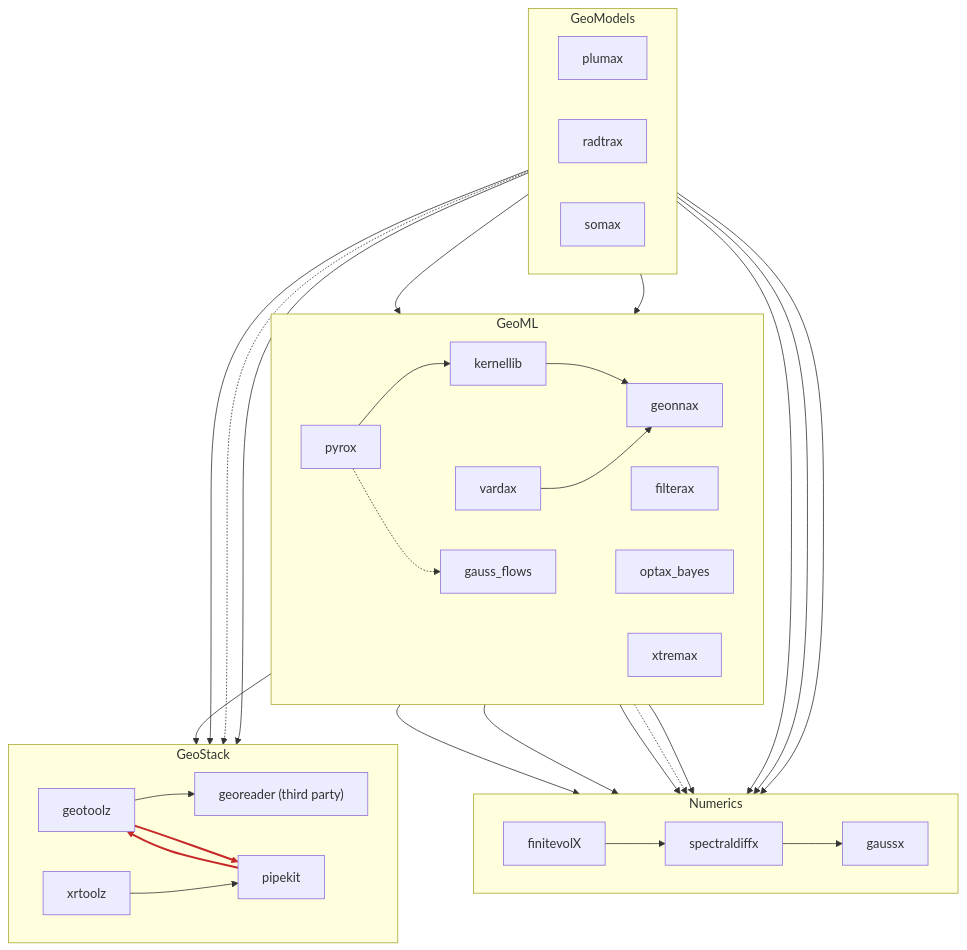
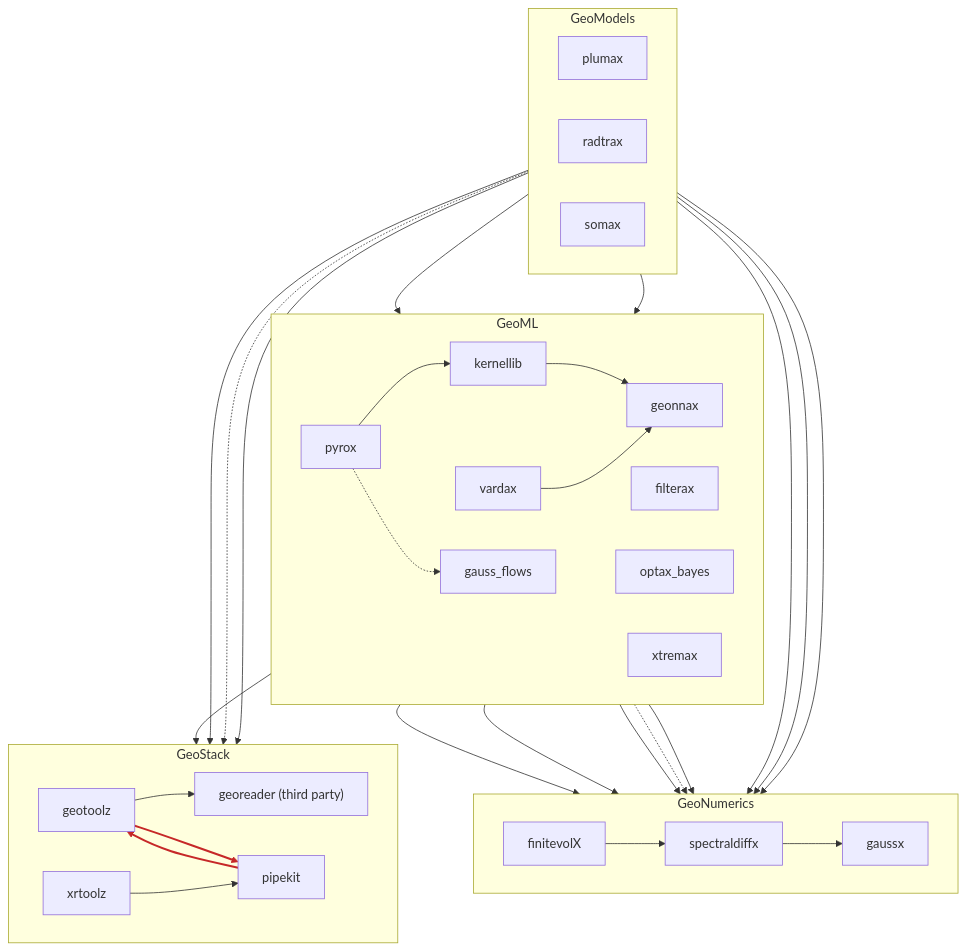
The diagram in README.md (jejjohnson/geostack), drawn with Mermaid before and after one commit. The commit also changed other lines of this file and 17 other files, not shown here.

First line of the commit message:
docs: name the numerics layer GeoNumerics (#55)

````diff
--- a/README.md
+++ b/README.md
@@ -98,58 +98,58 @@
 ```mermaid
 flowchart TB
   subgraph geomodels["GeoModels"]
     direction LR
     plumax["plumax"]
     radtrax["radtrax"]
     somax["somax"]
   end
   subgraph geoml["GeoML"]
     direction LR
     vardax["vardax"]
     filterax["filterax"]
     pyrox["pyrox"]
     kernellib["kernellib"]
     optax_bayes["optax_bayes"]
     xtremax["xtremax"]
     gauss_flows["gauss_flows"]
     geonnax["geonnax"]
   end
-  subgraph numerics["Numerics"]
+  subgraph numerics["GeoNumerics"]
     direction LR
     finitevolX["finitevolX"]
     spectraldiffx["spectraldiffx"]
     gaussx["gaussx"]
   end
   subgraph geostack["GeoStack"]
     direction LR
     geotoolz["geotoolz"]
     xrtoolz["xrtoolz"]
     georeader["georeader (third party)"]
     pipekit["pipekit"]
   end
   filterax --> gaussx
   finitevolX --> spectraldiffx
   gauss_flows --> gaussx
   geotoolz --> georeader
   geotoolz --> pipekit
   kernellib --> gaussx
   kernellib --> geonnax
   optax_bayes -.-> gaussx
   pipekit --> geotoolz
   plumax --> finitevolX
   plumax --> pipekit
   pyrox -.-> gauss_flows
   pyrox --> kernellib
   radtrax --> gaussx
   radtrax -.-> georeader
   somax --> filterax
   somax --> finitevolX
   somax --> geonnax
   somax --> pipekit
   spectraldiffx --> gaussx
   vardax --> gaussx
   vardax --> geonnax
   vardax --> pipekit
   xrtoolz --> pipekit
   linkStyle 4,8 stroke:#c62828,stroke-width:2.5px
 ```
````
